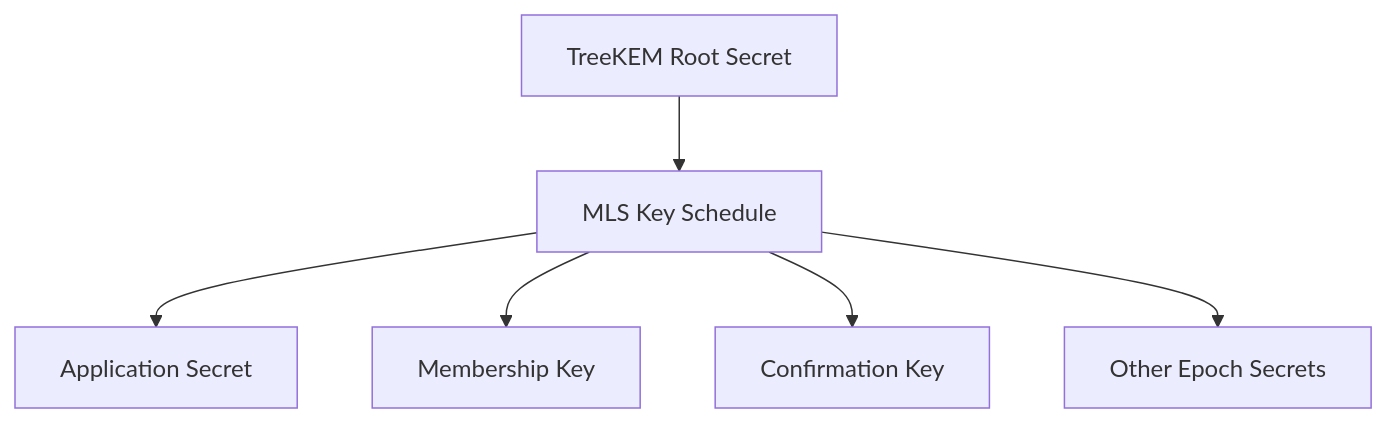
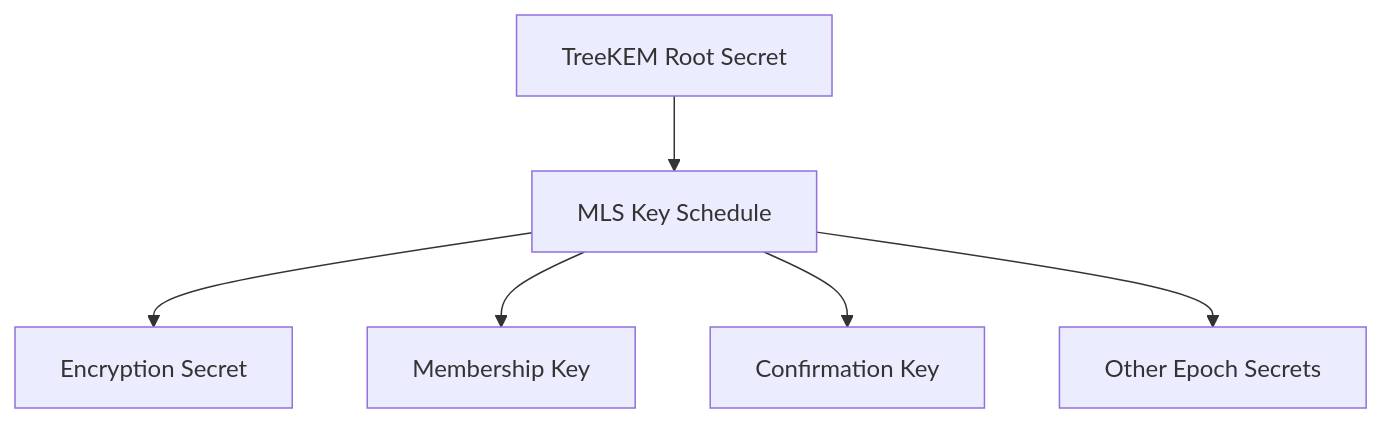
The third of 3 diagrams in 01-main-concepts/00-what-is-mls.md (bobbytrungvu/quic-mls-space), drawn with Mermaid before and after one commit. The commit also changed other lines of this file and 3 other files, not shown here.

````diff
--- a/01-main-concepts/00-what-is-mls.md
+++ b/01-main-concepts/00-what-is-mls.md
@@ -86,12 +86,12 @@
 ```mermaid
 flowchart TD
     Root["TreeKEM Root Secret"]
     KS["MLS Key Schedule"]
 
     Root --> KS
 
-    KS --> App["Application Secret"]
+    KS --> App["Encryption Secret"]
     KS --> Mem["Membership Key"]
     KS --> Conf["Confirmation Key"]
     KS --> Other["Other Epoch Secrets"]
 ```
````
